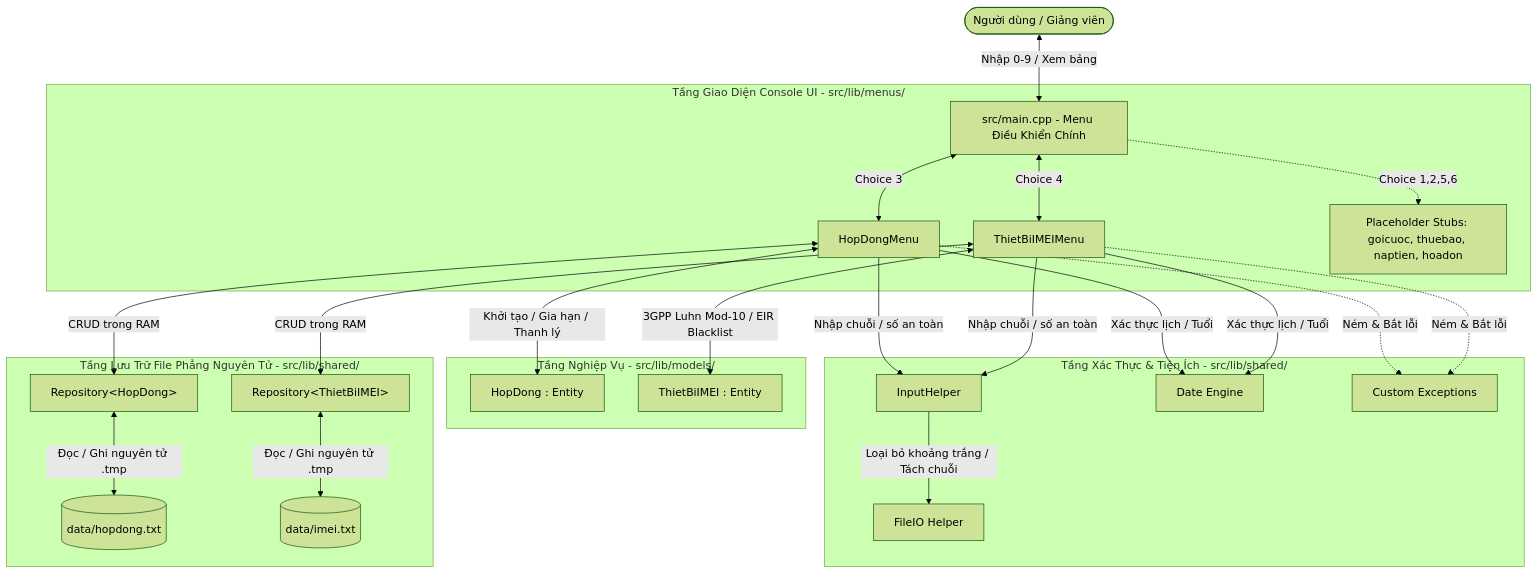
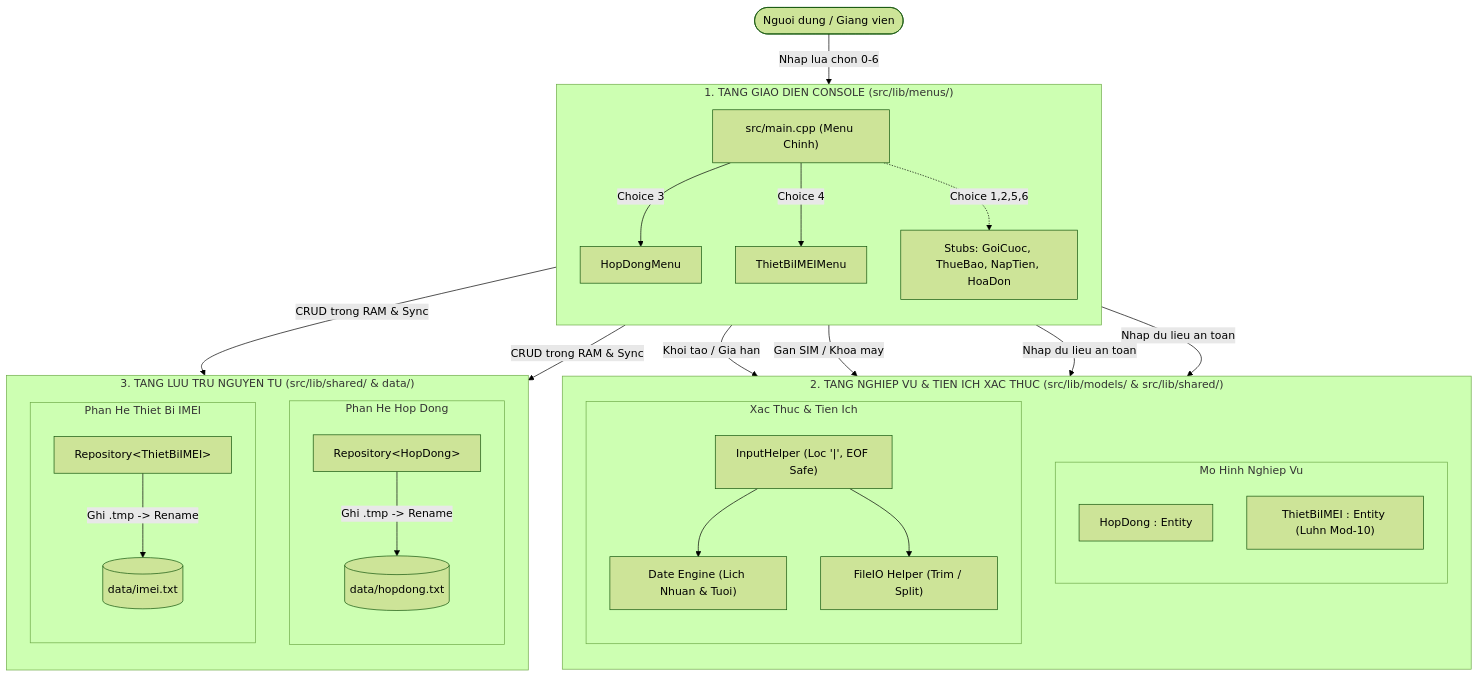
Before and after one commit to khanhtq02-cbmd/BTL_KTLT: the first of 6 diagrams in docs/Operational/INTERACTION_DIAGRAM.md, drawn with Mermaid (forest theme). The commit also changed other lines of this file and 55 other files, not shown here.

````diff
--- a/docs/Operational/INTERACTION_DIAGRAM.md
+++ b/docs/Operational/INTERACTION_DIAGRAM.md
@@ -11,29 +16,50 @@
 ```mermaid
-graph TD
-    User([Người dùng / Giảng viên]) <-->|Nhập 0-9 / Xem bảng| Main[src/main.cpp - Menu Điều Khiển Chính]
-    
-    subgraph UI_Layer [Tầng Giao Diện Console UI - src/lib/menus/]
-        Main <-->|Choice 3| HDMenu[HopDongMenu]
-        Main <-->|Choice 4| IMEIMenu[ThietBiIMEIMenu]
-        Main -.->|Choice 1,2,5,6| Stubs[Placeholder Stubs: goicuoc, thuebao, naptien, hoadon]
+flowchart TD
+    User([Nguoi dung / Giang vien]) -->|Nhap lua chon 0-6| Main["src/main.cpp (Menu Chinh)"]
+
+    subgraph UI ["1. TANG GIAO DIEN CONSOLE (src/lib/menus/)"]
+        direction TB
+        Main -->|Choice 3| HDMenu["HopDongMenu"]
+        Main -->|Choice 4| IMEIMenu["ThietBiIMEIMenu"]
+        Main -.->|Choice 1,2,5,6| Stubs["Stubs: GoiCuoc, ThueBao, NapTien, HoaDon"]
     end
 
-    subgraph Validation_Layer [Tầng Xác Thực & Tiện Ích - src/lib/shared/]
-        HDMenu & IMEIMenu -->|Nhập chuỗi / số an toàn| InputHelper[InputHelper]
-        HDMenu & IMEIMenu -->|Xác thực lịch / Tuổi| DateEngine[Date Engine]
-        InputHelper -->|Loại bỏ khoảng trắng / Tách chuỗi| FileIO[FileIO Helper]
-        HDMenu & IMEIMenu -.->|Ném & Bắt lỗi| Exceptions[Custom Exceptions]
+    subgraph Core ["2. TANG NGHIEP VU & TIEN ICH XAC THUC (src/lib/models/ & src/lib/shared/)"]
+        direction TB
+        subgraph Models ["Mo Hinh Nghiep Vu"]
+            direction TB
+            HDModel["HopDong : Entity"]
+            IMEIModel["ThietBiIMEI : Entity (Luhn Mod-10)"]
+        end
+        subgraph Helpers ["Xac Thuc & Tien Ich"]
+            direction TB
+            InputHelper["InputHelper (Loc '|', EOF Safe)"]
+            DateEngine["Date Engine (Lich Nhuan & Tuoi)"]
+            FileIO["FileIO Helper (Trim / Split)"]
+            InputHelper --> DateEngine
+            InputHelper --> FileIO
+        end
+        HDMenu -->|Khoi tao / Gia han| HDModel
+        IMEIMenu -->|Gan SIM / Khoa may| IMEIModel
+        HDMenu & IMEIMenu -->|Nhap du lieu an toan| InputHelper
     end
 
-    subgraph Domain_Layer [Tầng Nghiệp Vụ - src/lib/models/]
-        HDMenu <-->|Khởi tạo / Gia hạn / Thanh lý| ModelHD[HopDong : Entity]
-        IMEIMenu <-->|3GPP Luhn Mod-10 / EIR Blacklist| ModelIMEI[ThietBiIMEI : Entity]
+    subgraph Storage ["3. TANG LUU TRU NGUYEN TU (src/lib/shared/ & data/)"]
+        direction TB
+        subgraph StorageHD ["Phan He Hop Dong"]
+            direction TB
+            RepoHD["Repository&lt;HopDong&gt;"]
+            DiskHD[("data/hopdong.txt")]
+            RepoHD -->|Ghi .tmp -> Rename| DiskHD
+        end
+        subgraph StorageIMEI ["Phan He Thiet Bi IMEI"]
+            direction TB
+            RepoIMEI["Repository&lt;ThietBiIMEI&gt;"]
+            DiskIMEI[("data/imei.txt")]
+            RepoIMEI -->|Ghi .tmp -> Rename| DiskIMEI
+        end
     end
 
-    subgraph Data_Layer [Tầng Lưu Trữ File Phẳng Nguyên Tử - src/lib/shared/]
-        HDMenu <-->|CRUD trong RAM| RepoHD["Repository&lt;HopDong&gt;"]
-        IMEIMenu <-->|CRUD trong RAM| RepoIMEI["Repository&lt;ThietBiIMEI&gt;"]
-        RepoHD <-->|Đọc / Ghi nguyên tử .tmp| DiskHD[("data/hopdong.txt")]
-        RepoIMEI <-->|Đọc / Ghi nguyên tử .tmp| DiskIMEI[("data/imei.txt")]
-    end
+    HDMenu -->|CRUD trong RAM & Sync| RepoHD
+    IMEIMenu -->|CRUD trong RAM & Sync| RepoIMEI
 ```
````
